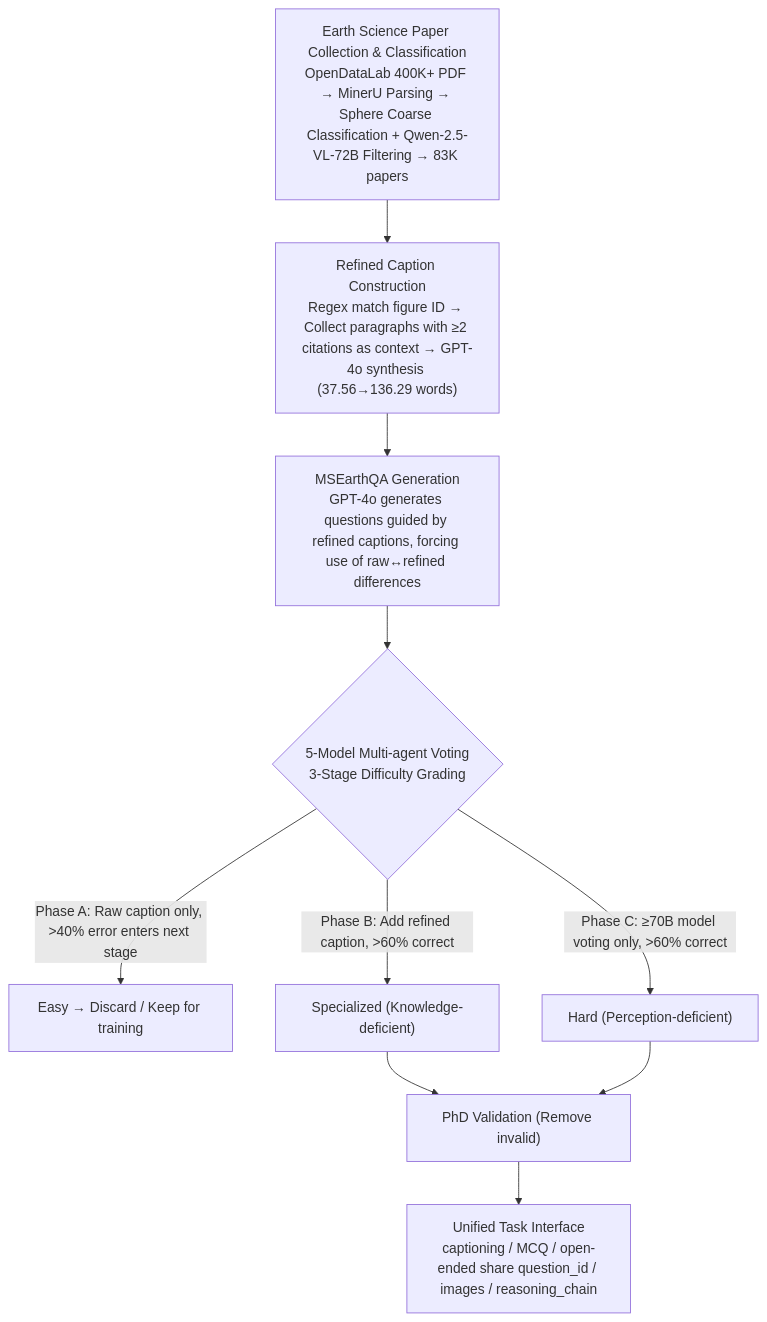
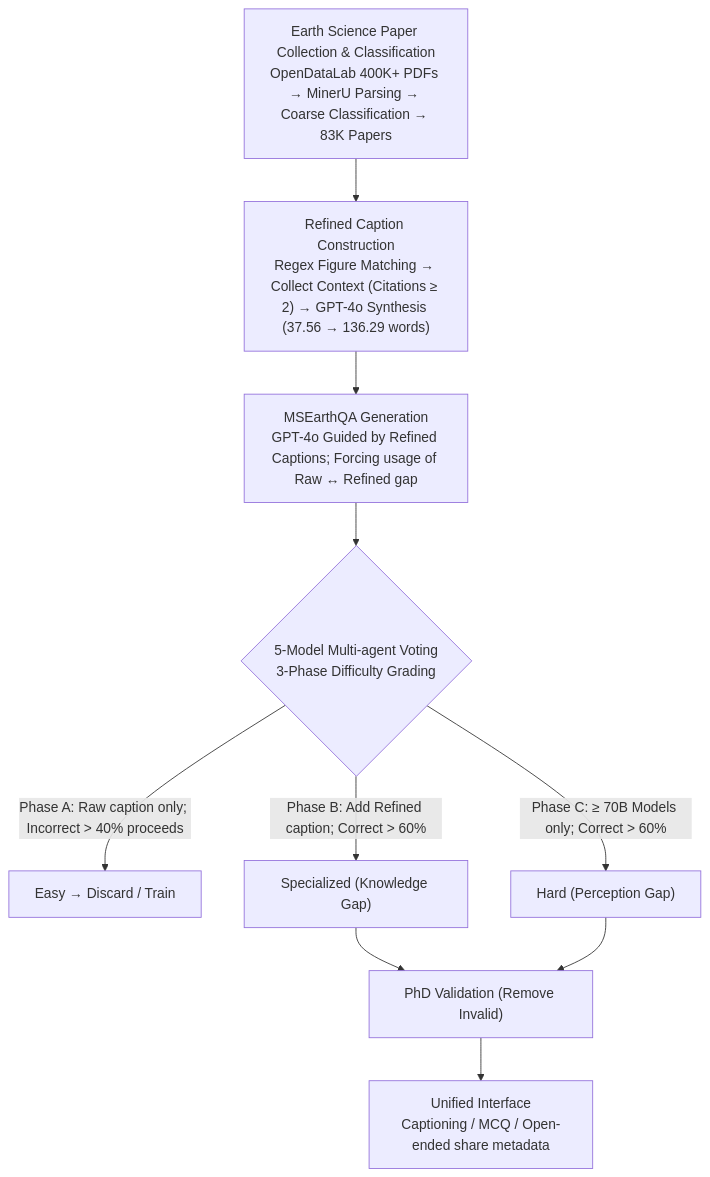
One commit to zhaoyang97/Paper-Notes-en changed the diagram in docs/ACL2026/multimodal_vlm/msearth_a_multimodal_benchmark_for_earth_science_phenomenon_discovery_with_mllms.md. Above: the diagram before and after it, drawn with Mermaid. The commit also changed other lines of this file and 5084 other files, not shown here.

````diff
--- a/docs/ACL2026/multimodal_vlm/msearth_a_multimodal_benchmark_for_earth_science_phenomenon_discovery_with_mllms.md
+++ b/docs/ACL2026/multimodal_vlm/msearth_a_multimodal_benchmark_for_earth_science_phenomenon_discovery_with_mllms.md
@@ -47,12 +47,12 @@
 ```mermaid
 graph TD
-    A["Earth Science Paper Collection & Classification<br/>OpenDataLab 400K+ PDF → MinerU Parsing → Sphere Coarse Classification + Qwen-2.5-VL-72B Filtering → 83K papers"] --> B["Refined Caption Construction<br/>Regex match figure ID → Collect paragraphs with ≥2 citations as context → GPT-4o synthesis (37.56→136.29 words)"]
-    B --> C["MSEarthQA Generation<br/>GPT-4o generates questions guided by refined captions, forcing use of raw↔refined differences"]
-    C --> D{"5-Model Multi-agent Voting<br/>3-Stage Difficulty Grading"}
-    D -->|"Phase A: Raw caption only, >40% error enters next stage"| E["Easy → Discard / Keep for training"]
-    D -->|"Phase B: Add refined caption, >60% correct"| F["Specialized (Knowledge-deficient)"]
-    D -->|"Phase C: ≥70B model voting only, >60% correct"| G["Hard (Perception-deficient)"]
-    F --> H["PhD Validation (Remove invalid)"]
+    A["Earth Science Paper Collection & Classification<br/>OpenDataLab 400K+ PDFs → MinerU Parsing → Coarse Classification → 83K Papers"] --> B["Refined Caption Construction<br/>Regex Figure Matching → Collect Context (Citations ≥ 2) → GPT-4o Synthesis (37.56 → 136.29 words)"]
+    B --> C["MSEarthQA Generation<br/>GPT-4o Guided by Refined Captions; Forcing usage of Raw ↔ Refined gap"]
+    C --> D{"5-Model Multi-agent Voting<br/>3-Phase Difficulty Grading"}
+    D -->|"Phase A: Raw caption only; Incorrect > 40% proceeds"| E["Easy → Discard / Train"]
+    D -->|"Phase B: Add Refined caption; Correct > 60%"| F["Specialized (Knowledge Gap)"]
+    D -->|"Phase C: ≥ 70B Models only; Correct > 60%"| G["Hard (Perception Gap)"]
+    F --> H["PhD Validation (Remove Invalid)"]
     G --> H
-    H --> I["Unified Task Interface<br/>captioning / MCQ / open-ended share question_id / images / reasoning_chain"]
+    H --> I["Unified Interface<br/>Captioning / MCQ / Open-ended share metadata"]
 ```
````
